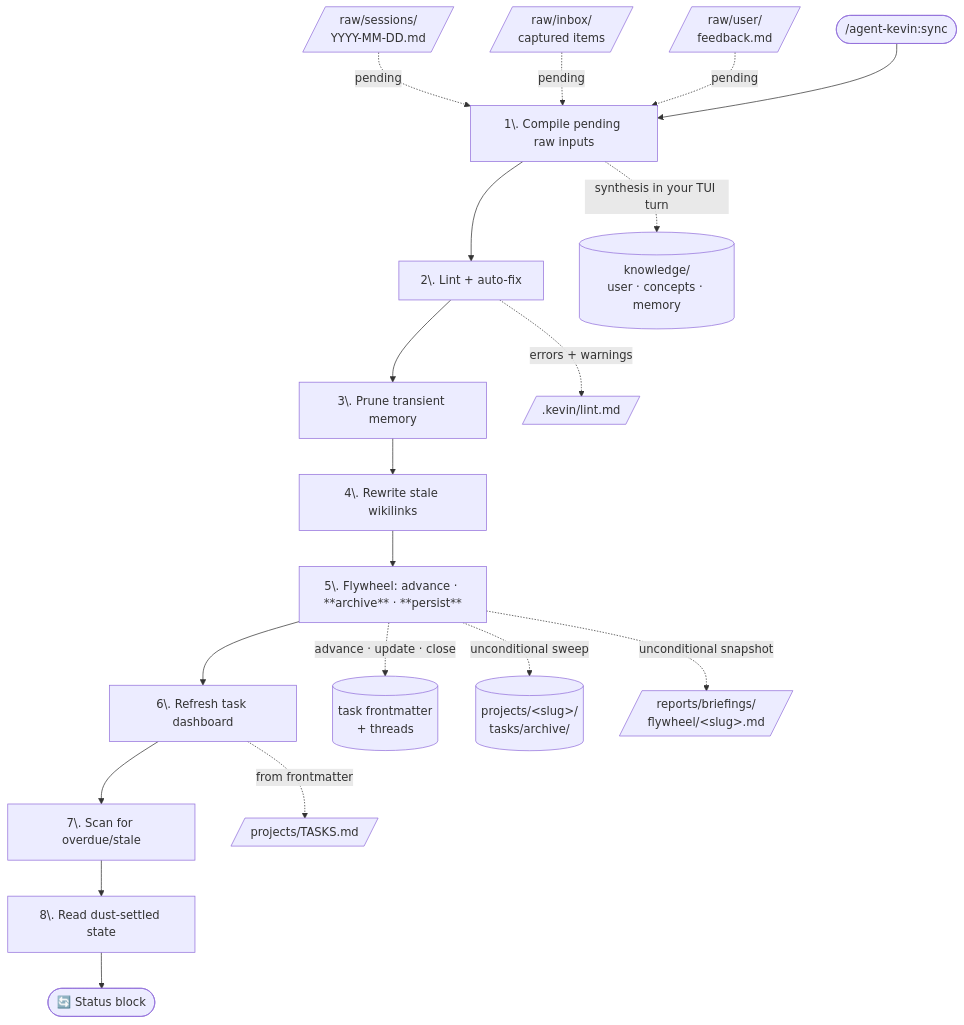
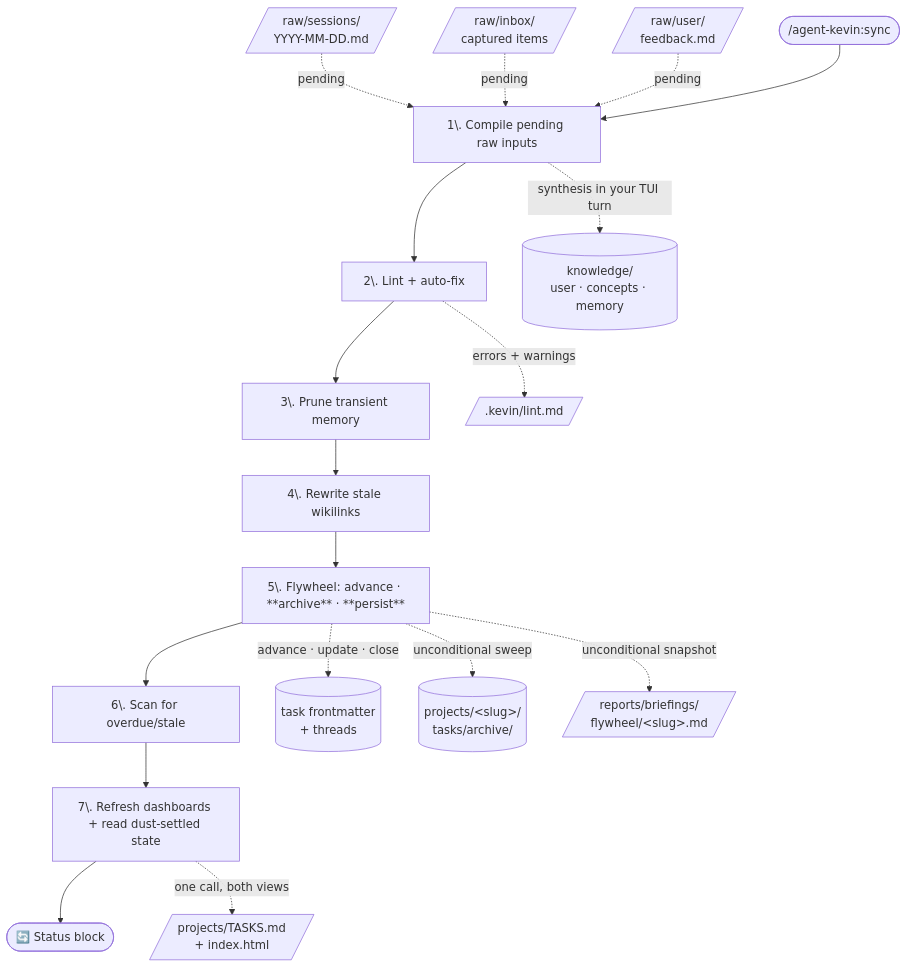
Before and after one commit to AgentLayer1/agent-kevin: the third of 5 diagrams in README.md, drawn with Mermaid. The commit also changed other lines of this file and 9 other files, not shown here.

First line of the commit message:
Couple the two dashboards; rename status skill to dashboard

````diff
--- a/README.md
+++ b/README.md
@@ -348,23 +348,22 @@
 ```mermaid
 flowchart TD
     SES[/raw/sessions/<br/>YYYY-MM-DD.md/] -.pending.-> C1
     INB[/raw/inbox/<br/>captured items/] -.pending.-> C1
     FB[/raw/user/<br/>feedback.md/] -.pending.-> C1
 
     START([/agent-kevin:sync]) --> C1[1\. Compile pending raw inputs]
     C1 --> C2[2\. Lint + auto-fix]
     C2 --> C3[3\. Prune transient memory]
     C3 --> C4[4\. Rewrite stale wikilinks]
     C4 --> C5[5\. Flywheel: advance · **archive** · **persist**]
-    C5 --> C6[6\. Refresh task dashboard]
-    C6 --> C7[7\. Scan for overdue/stale]
-    C7 --> C8[8\. Read dust-settled state]
-    C8 --> OUT([🔄 Status block])
+    C5 --> C6[6\. Scan for overdue/stale]
+    C6 --> C7[7\. Refresh dashboards + read dust-settled state]
+    C7 --> OUT([🔄 Status block])
 
     C1 -.synthesis in your TUI turn.-> WIKI[(knowledge/<br/>user · concepts · memory)]
     C2 -.errors + warnings.-> LINT[/.kevin/lint.md/]
     C5 -.advance · update · close.-> TASKMUT[(task frontmatter<br/>+ threads)]
     C5 -.unconditional sweep.-> ARCHIVE[(projects/&lt;slug&gt;/<br/>tasks/archive/)]
     C5 -.unconditional snapshot.-> FLYREP[/reports/briefings/<br/>flywheel/&lt;slug&gt;.md/]
-    C6 -.from frontmatter.-> TASKS[/projects/TASKS.md/]
+    C7 -.one call, both views.-> TASKS[/projects/TASKS.md<br/>+ index.html/]
 ```
````
